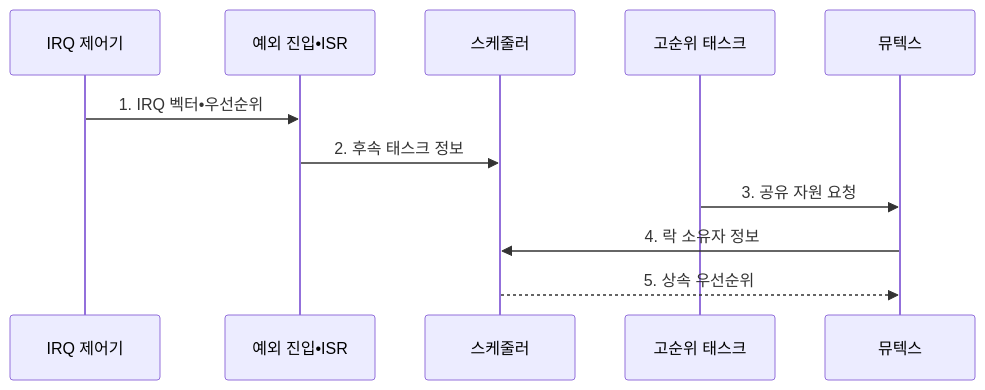
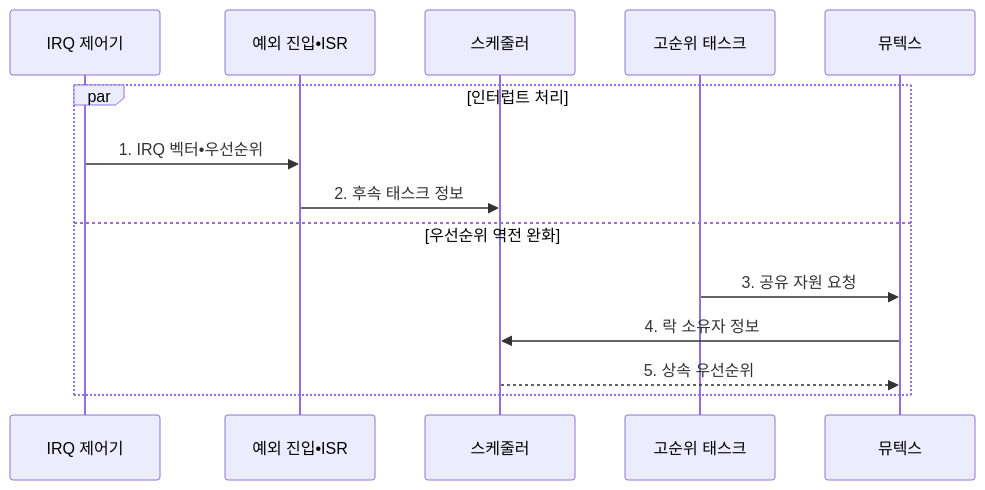
The second of 2 diagrams in src/content/docs/notes/02-hardware/063_interrupt_latency_priority_inversion.md (agnusdei1207/knowledge-base), drawn with Mermaid before and after one commit. The commit also changed other lines of this file and 2 other files, not shown here.

Commit message:
02-hardware 061-080

````diff
--- a/src/content/docs/notes/02-hardware/063_interrupt_latency_priority_inversion.md
+++ b/src/content/docs/notes/02-hardware/063_interrupt_latency_priority_inversion.md
@@ -110,14 +110,17 @@
 ```mermaid
 sequenceDiagram
     participant I as IRQ 제어기
     participant E as 예외 진입•ISR
     participant S as 스케줄러
     participant H as 고순위 태스크
     participant M as 뮤텍스
 
-    I->>E: 1. IRQ 벡터•우선순위
-    E->>S: 2. 후속 태스크 정보
-    H->>M: 3. 공유 자원 요청
-    M->>S: 4. 락 소유자 정보
-    S-->>M: 5. 상속 우선순위
+    par 인터럽트 처리
+        I->>E: 1. IRQ 벡터•우선순위
+        E->>S: 2. 후속 태스크 정보
+    and 우선순위 역전 완화
+        H->>M: 3. 공유 자원 요청
+        M->>S: 4. 락 소유자 정보
+        S-->>M: 5. 상속 우선순위
+    end
 ```
````
